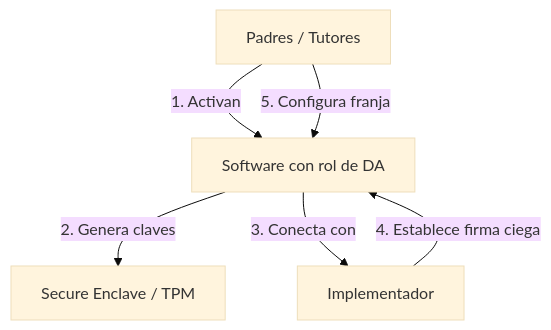
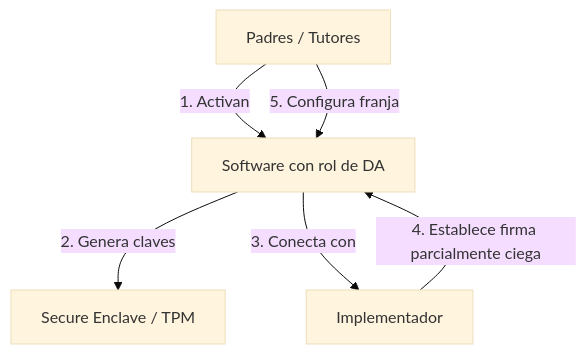
Before and after one commit to jorgej-ramos/AAVP: the tenth of 11 diagrams in PROTOCOL.md, drawn with Mermaid (base theme). The commit also changed other lines of this file and 4 other files, not shown here.

````diff
--- a/PROTOCOL.md
+++ b/PROTOCOL.md
@@ -343,8 +394,8 @@
 ```mermaid
 flowchart TD
     A[Padres / Tutores] -->|1. Activan| B[Software con rol de DA]
     B -->|2. Genera claves| C[Secure Enclave / TPM]
     B -->|3. Conecta con| D[Implementador]
-    D -->|4. Establece firma ciega| B
+    D -->|4. Establece firma parcialmente ciega| B
     A -->|5. Configura franja| B
 ```
````
